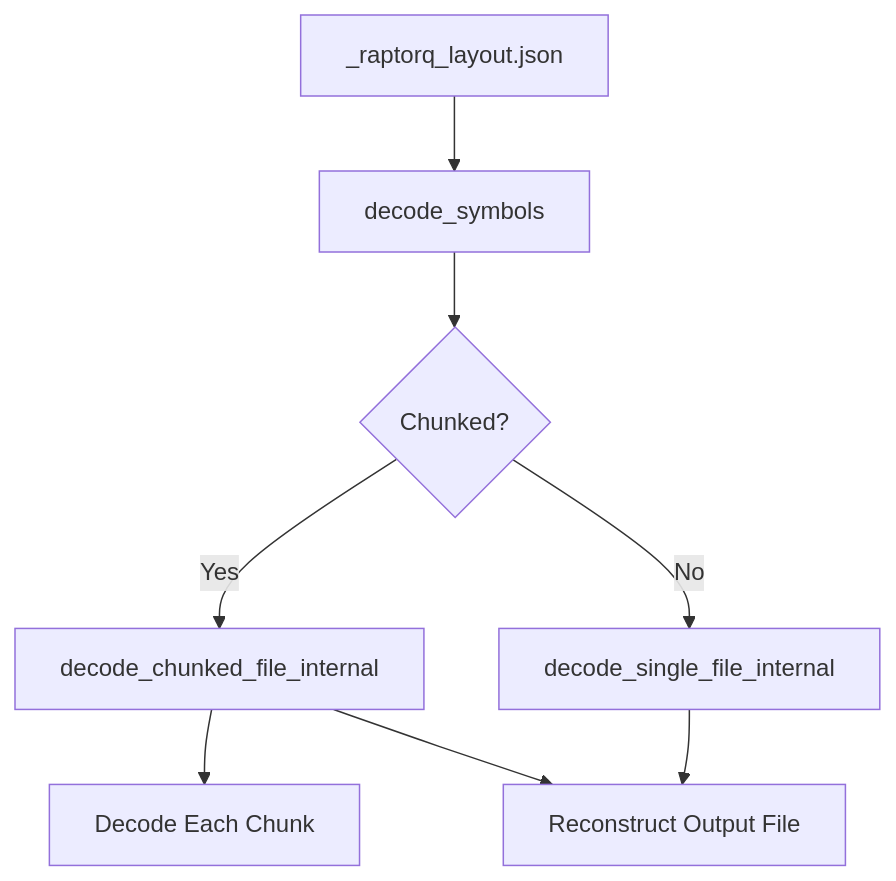
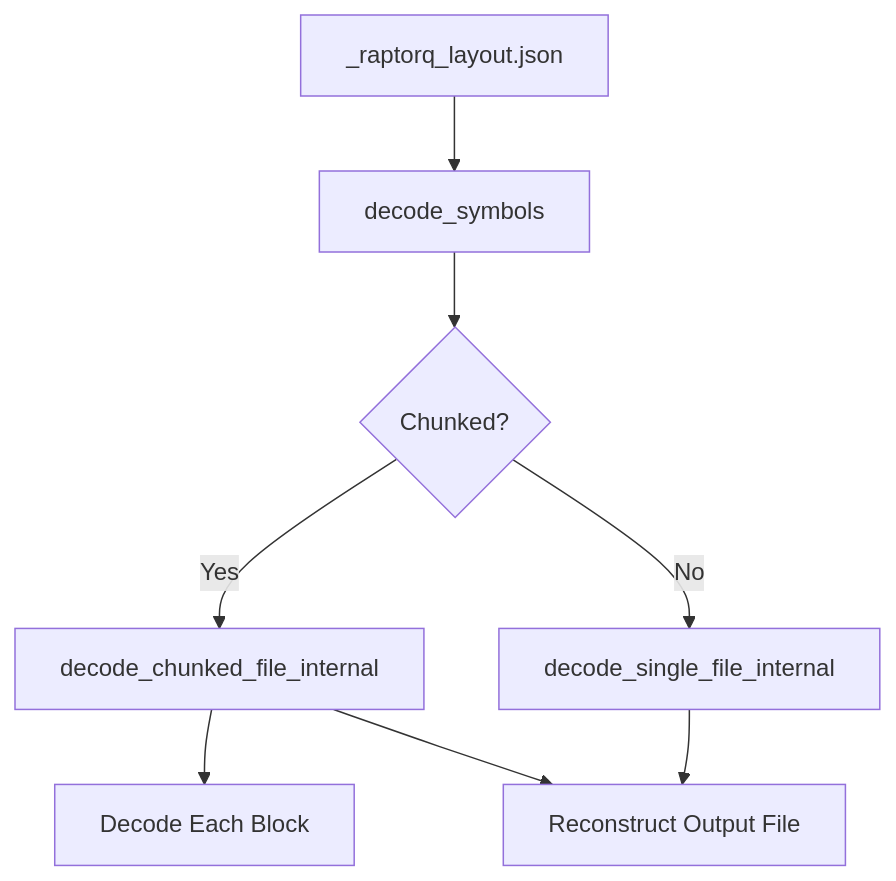
Before and after one commit to LumeraProtocol/rq-library: the second of 2 diagrams in RQ_REDESIGN.md, drawn with Mermaid. The commit also changed other lines of this file and 10 other files, not shown here.

````diff
--- a/RQ_REDESIGN.md
+++ b/RQ_REDESIGN.md
@@ -108,9 +108,9 @@
 ```mermaid
 graph TD
   J[_raptorq_layout.json] --> K[decode_symbols]
   K --> L{Chunked?}
   L -- Yes --> M[decode_chunked_file_internal]
-  M --> N[Decode Each Chunk]
+  M --> N[Decode Each Block]
   L -- No --> O[decode_single_file_internal]
   M & O --> P[Reconstruct Output File]
 ```
````
